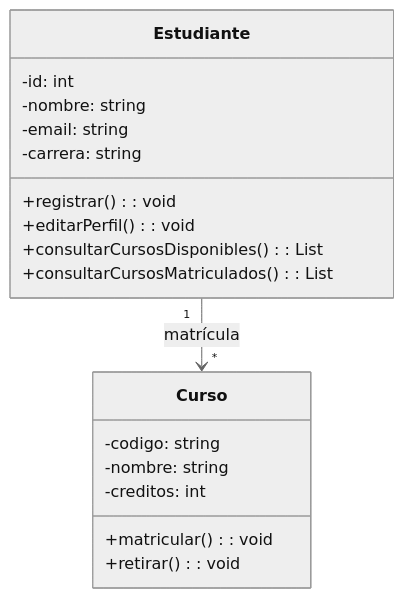
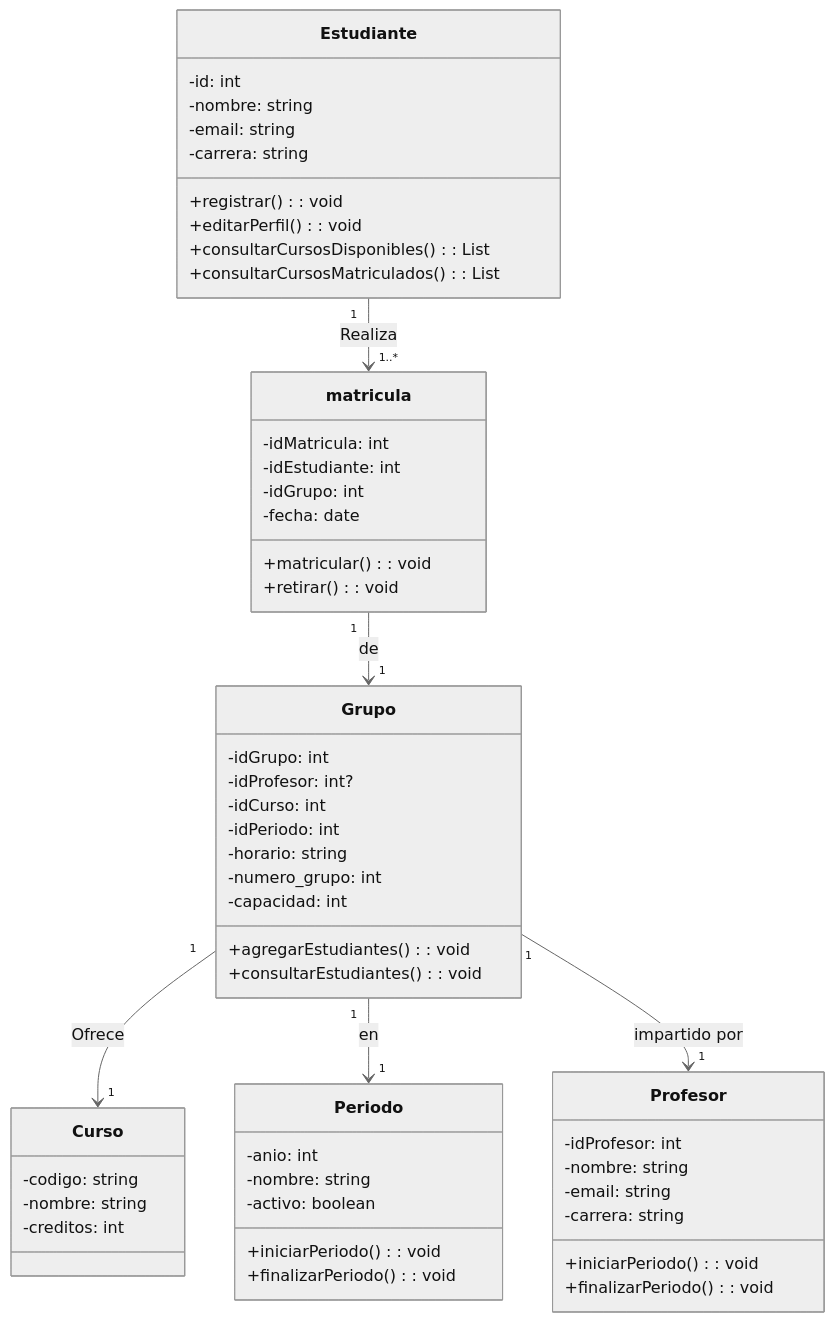
The diagram in Diagrama_de_Clase.mmd (Axel-DuranM/Lab01), drawn with Mermaid (neutral theme) before and after one commit. The commit also changed other lines of this file and 1 other file, not shown here.

```diff
--- a/Diagrama_de_Clase.mmd
+++ b/Diagrama_de_Clase.mmd
@@ -1,21 +1,62 @@
 classDiagram
     class Estudiante {
         -id: int
         -nombre: string
         -email: string
         -carrera: string
         +registrar(): void
         +editarPerfil(): void
         +consultarCursosDisponibles(): List<Curso>
         +consultarCursosMatriculados(): List<Curso>
     }
- 
+
     class Curso {
         -codigo: string
         -nombre: string
         -creditos: int
+        
+    }
+
+    class Periodo{
+        -anio: int
+        -nombre: string
+        -activo: boolean
+        +iniciarPeriodo(): void
+        +finalizarPeriodo(): void
+    }
+
+    class Profesor{
+        -idProfesor: int
+        -nombre: string
+        -email: string
+        -carrera: string
+        +iniciarPeriodo(): void
+        +finalizarPeriodo(): void
+    }
+
+    class Grupo{
+        -idGrupo: int
+        -idProfesor: int?
+        -idCurso: int
+        -idPeriodo: int
+        -horario: string
+        -numero_grupo: int
+        -capacidad: int
+        +agregarEstudiantes(): void
+        +consultarEstudiantes(): void
+    }
+
+    class matricula{
+        -idMatricula: int
+        -idEstudiante: int
+        -idGrupo: int
+        -fecha: date
         +matricular(): void
         +retirar(): void
     }
- 
-    Estudiante "1" --> "*" Curso : matrícula
+    
+    Grupo "1" --> "1" Curso : Ofrece
+    Grupo "1" --> "1" Periodo : en 
+    Grupo "1" --> "1" Profesor : impartido por
+    Estudiante "1" --> "1..*" matricula : Realiza
+    matricula "1" --> "1" Grupo : de
```
